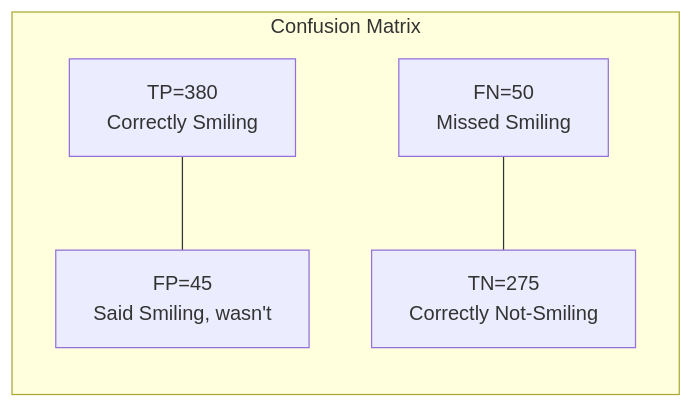
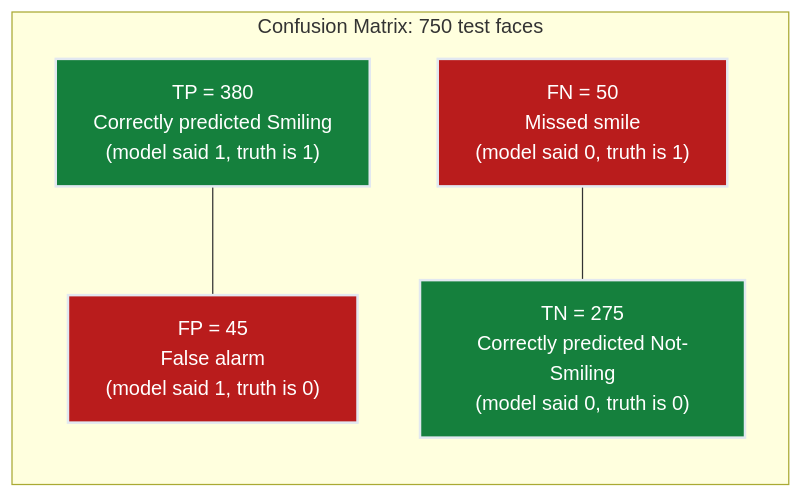
The third of 5 diagrams in notes/ML/02_classification/ch01_logistic_regression/README.md (deepakshamsft/ai-portfolio), drawn with Mermaid before and after one commit. The commit also changed other lines of this file and 41 other files, not shown here.

````diff
--- a/notes/ML/02_classification/ch01_logistic_regression/README.md
+++ b/notes/ML/02_classification/ch01_logistic_regression/README.md
@@ -150,7 +269,17 @@
 ```mermaid
 graph LR
-    subgraph "Confusion Matrix"
-        A["TP=380<br/>Correctly Smiling"] --- B["FP=45<br/>Said Smiling, wasn't"]
-        C["FN=50<br/>Missed Smiling"] --- D["TN=275<br/>Correctly Not-Smiling"]
+    subgraph "Confusion Matrix: 750 test faces"
+        A["TP = 380<br/>Correctly predicted Smiling<br/>(model said 1, truth is 1)"]
+        B["FP = 45<br/>False alarm<br/>(model said 1, truth is 0)"]
+        C["FN = 50<br/>Missed smile<br/>(model said 0, truth is 1)"]
+        D["TN = 275<br/>Correctly predicted Not-Smiling<br/>(model said 0, truth is 0)"]
     end
+    
+    A --- B
+    C --- D
+    
+    style A fill:#15803d,stroke:#e2e8f0,stroke-width:2px,color:#ffffff
+    style B fill:#b91c1c,stroke:#e2e8f0,stroke-width:2px,color:#ffffff
+    style C fill:#b91c1c,stroke:#e2e8f0,stroke-width:2px,color:#ffffff
+    style D fill:#15803d,stroke:#e2e8f0,stroke-width:2px,color:#ffffff
 ```
````
